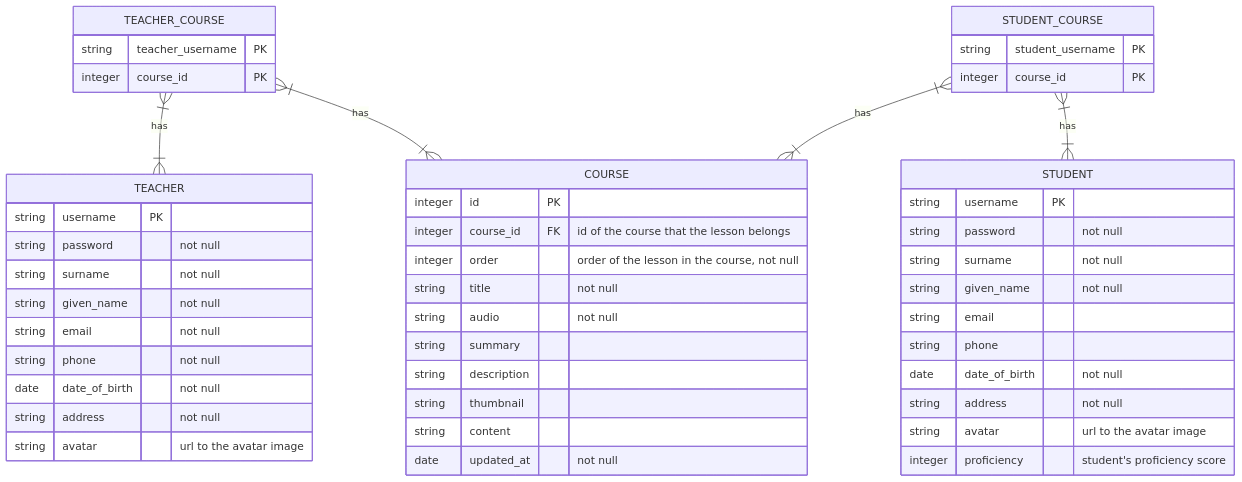
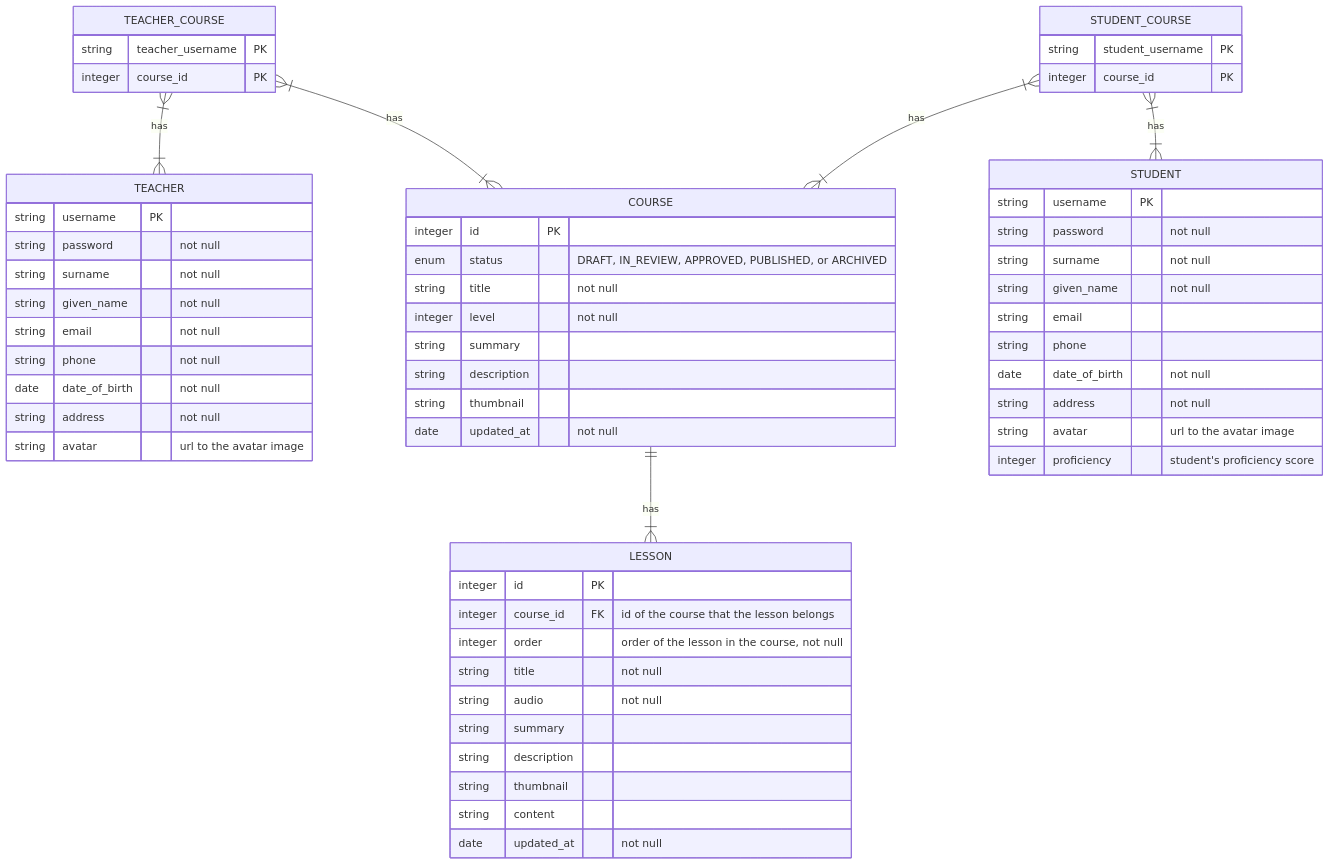
One commit to trancongbao/endeavor changed the first of 2 diagrams in docs/2. Technical Architecture/Data Model/README.md. Above: the diagram before and after it, drawn with Mermaid. The commit also changed other lines of this file, not shown here.

Commit message:
Documentation

````diff
--- a/docs/2. Technical Architecture/Data Model/README.md
+++ b/docs/2. Technical Architecture/Data Model/README.md
@@ -25,56 +25,69 @@
 ```mermaid
 erDiagram
   TEACHER_COURSE }|--|{ TEACHER: has
   TEACHER_COURSE }|--|{ COURSE: has
 
   STUDENT_COURSE }|--|{ STUDENT: has
   STUDENT_COURSE }|--|{ COURSE: has
+
+  COURSE ||--|{ LESSON: has
 
   TEACHER_COURSE {
     string teacher_username PK
     integer course_id PK
   }
 
   STUDENT_COURSE {
     string student_username PK
     integer course_id PK
   }
 
   TEACHER {
     string username PK
     string password "not null"
     string surname "not null"
     string given_name "not null"
     string email "not null"
     string phone "not null"
     date date_of_birth "not null"
     string address "not null"
     string avatar "url to the avatar image"
   }
 
   STUDENT {
     string username PK
     string password "not null"
     string surname "not null"
     string given_name "not null"
     string email
     string phone
     date date_of_birth "not null"
     string address "not null"
     string avatar "url to the avatar image"
     integer proficiency "student's proficiency score"
     }
 
   COURSE {
     integer id            PK
+    enum    status            "DRAFT, IN_REVIEW, APPROVED, PUBLISHED, or ARCHIVED"
+    string  title             "not null"
+    integer level             "not null"
+    string  summary
+    string  description
+    string  thumbnail
+    date    updated_at        "not null"
+  }
+
+  LESSON {
+    integer id            PK
     integer course_id     FK  "id of the course that the lesson belongs"
     integer order             "order of the lesson in the course, not null"
     string  title             "not null"
     string  audio             "not null"
     string  summary
     string  description
     string  thumbnail
     string  content
     date    updated_at        "not null"
   }
 ```
````
